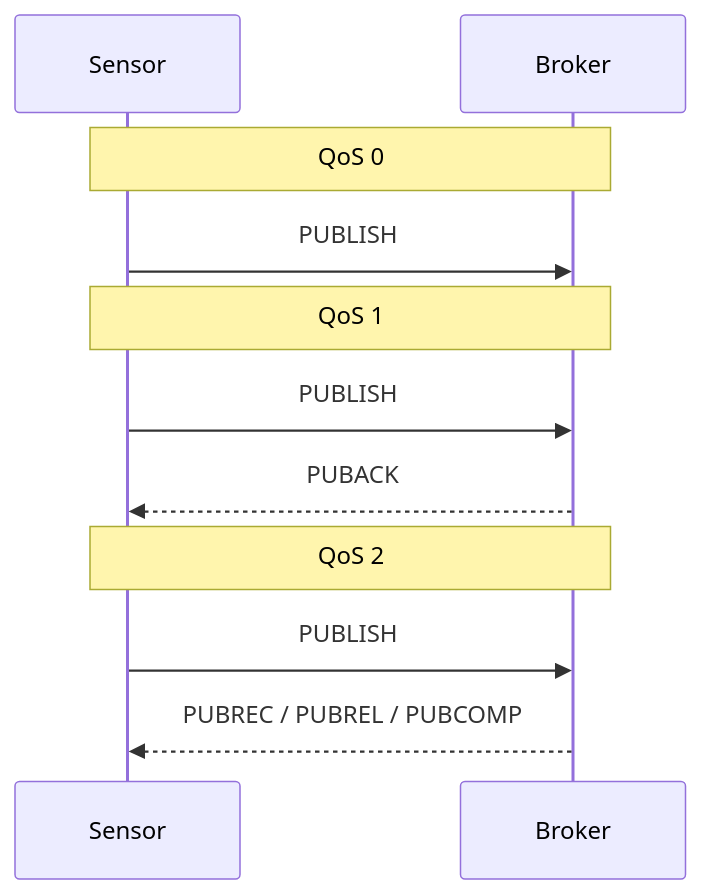
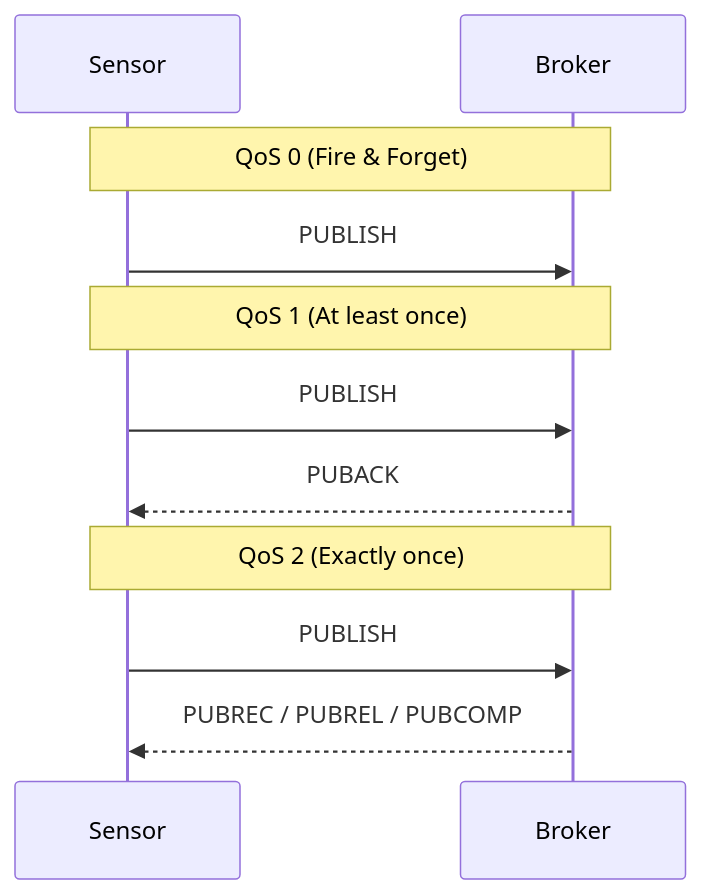
The fifth of 7 diagrams in lectures_en/lecture_02_communication.qmd (moondec/iot_lectures), drawn with Mermaid before and after one commit. The commit also changed other lines of this file and 24 other files, not shown here.

````diff
--- a/lectures_en/lecture_02_communication.qmd
+++ b/lectures_en/lecture_02_communication.qmd
@@ -432,17 +455,17 @@
 ```{mermaid}
 %%| fig-align: center
 %%| fig-width: 5
 %%| fig-height: 4.5
 %%{init: {'theme': 'default', 'themeVariables': { 'fontSize': '12px', 'fontFamily': 'sans-serif' }}}%%
 sequenceDiagram
     participant C as Sensor
     participant B as Broker
-    Note over C,B: QoS 0
+    Note over C,B: QoS 0 (Fire & Forget)
     C->>B: PUBLISH
-    Note over C,B: QoS 1
+    Note over C,B: QoS 1 (At least once)
     C->>B: PUBLISH
     B-->>C: PUBACK
-    Note over C,B: QoS 2
+    Note over C,B: QoS 2 (Exactly once)
     C->>B: PUBLISH
     B-->>C: PUBREC / PUBREL / PUBCOMP
 ```
````
